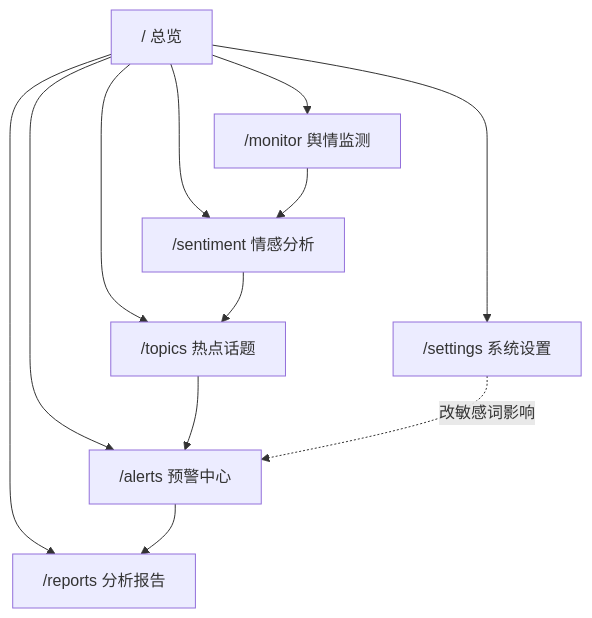
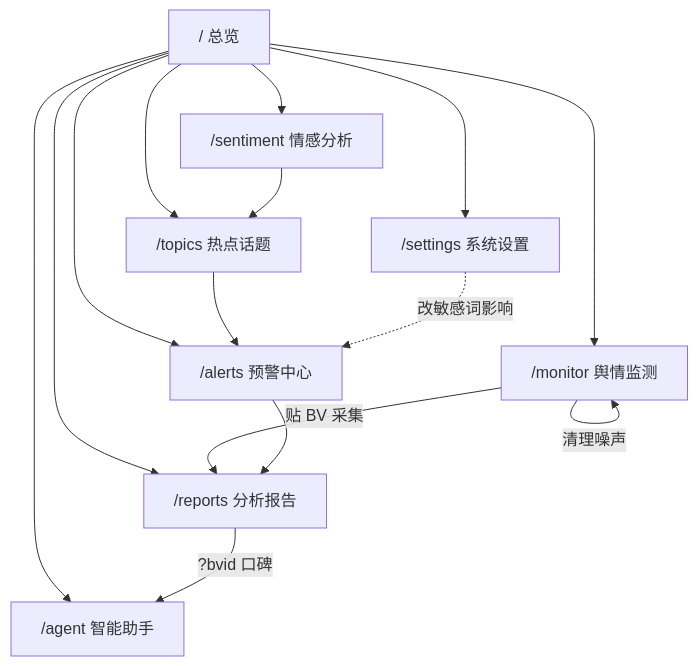
One commit to LinJJ12/yuqing changed diagram 13 of 13 in docs/diagrams.md. Above: the diagram before and after it, drawn with Mermaid. The commit also changed other lines of this file and 34 other files, not shown here.

````diff
--- a/docs/diagrams.md
+++ b/docs/diagrams.md
@@ -382,15 +384,18 @@
 ```mermaid
 flowchart TB
     O["/ 总览"] --> M["/monitor 舆情监测"]
     O --> S["/sentiment 情感分析"]
     O --> T["/topics 热点话题"]
     O --> A["/alerts 预警中心"]
     O --> R["/reports 分析报告"]
+    O --> AG["/agent 智能助手"]
     O --> SET["/settings 系统设置"]
 
-    M --> S
+    M -->|贴 BV 采集| R
+    M -->|清理噪声| M
+    R -->|?bvid 口碑| AG
     S --> T
     T --> A
     A --> R
     SET -.->|改敏感词影响| A
 ```
````
